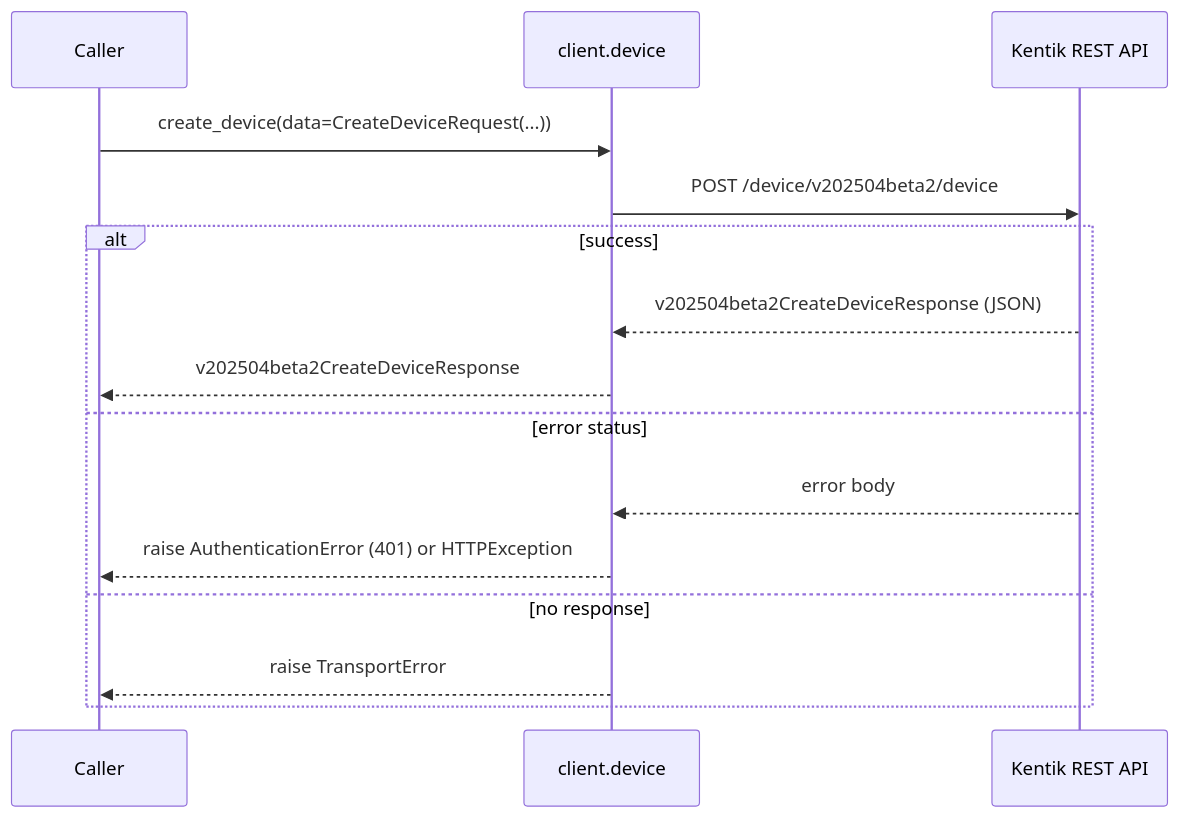
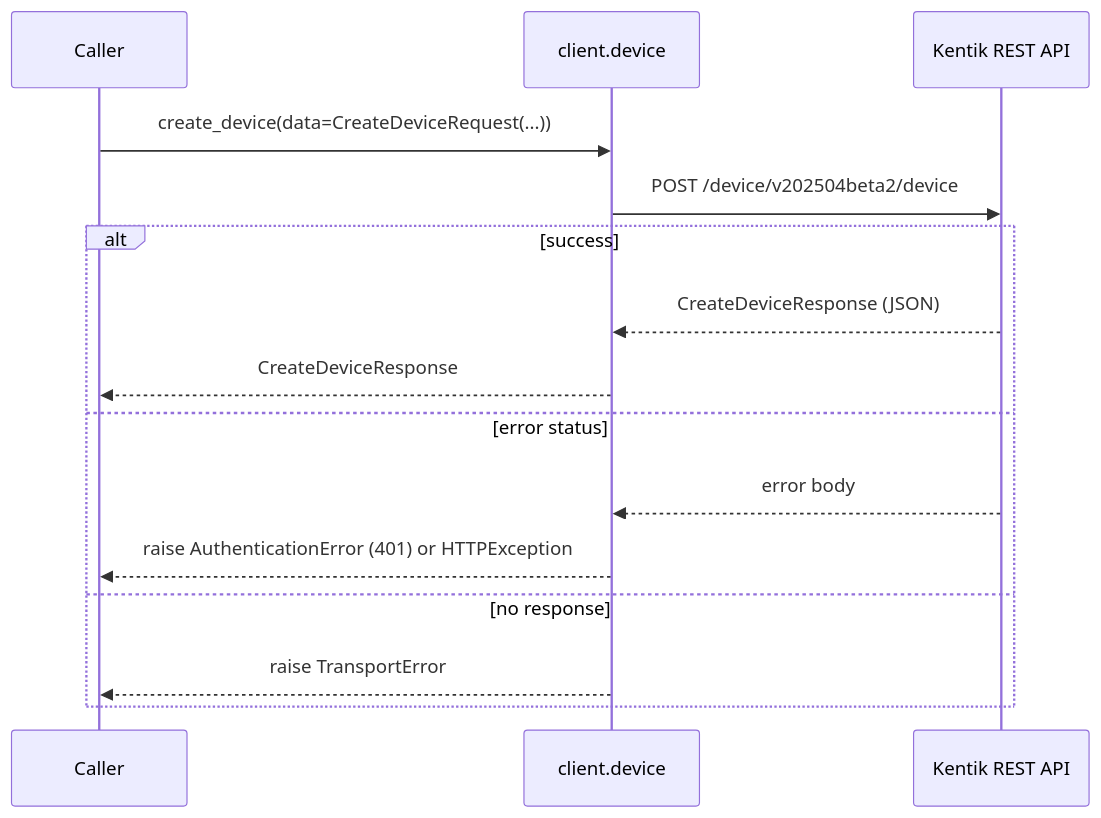
The fourth of 22 diagrams in docs/sphinx/services/device.md (alexdearaujo/community_sdk_python), drawn with Mermaid before and after one commit. The commit also changed other lines of this file and 38 other files, not shown here.

````diff
--- a/docs/sphinx/services/device.md
+++ b/docs/sphinx/services/device.md
@@ -113,18 +113,18 @@
 ```mermaid
 sequenceDiagram
     participant C as Caller
     participant W as client.device
     participant API as Kentik REST API
 
     C->>W: create_device(data=CreateDeviceRequest(...))
     W->>API: POST /device/v202504beta2/device
     alt success
-        API-->>W: v202504beta2CreateDeviceResponse (JSON)
-        W-->>C: v202504beta2CreateDeviceResponse
+        API-->>W: CreateDeviceResponse (JSON)
+        W-->>C: CreateDeviceResponse
     else error status
         API-->>W: error body
         W-->>C: raise AuthenticationError (401) or HTTPException
     else no response
         W-->>C: raise TransportError
     end
 ```
````
